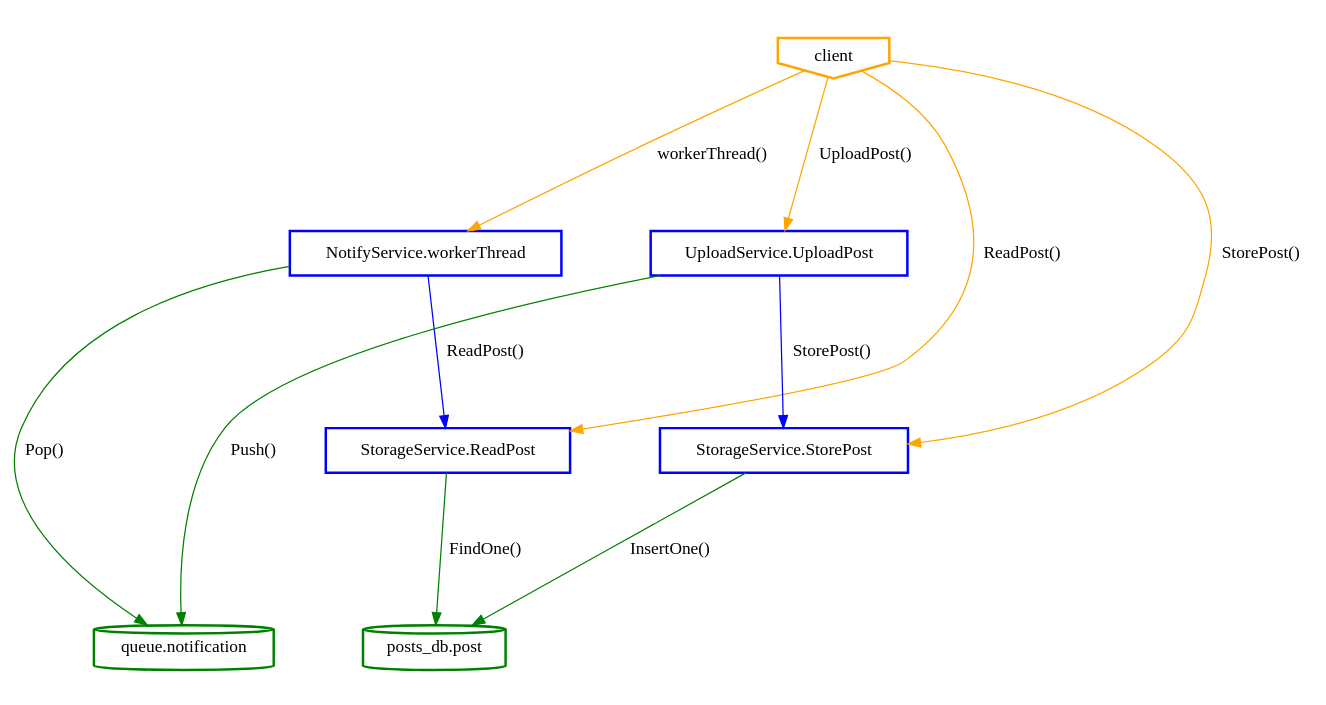
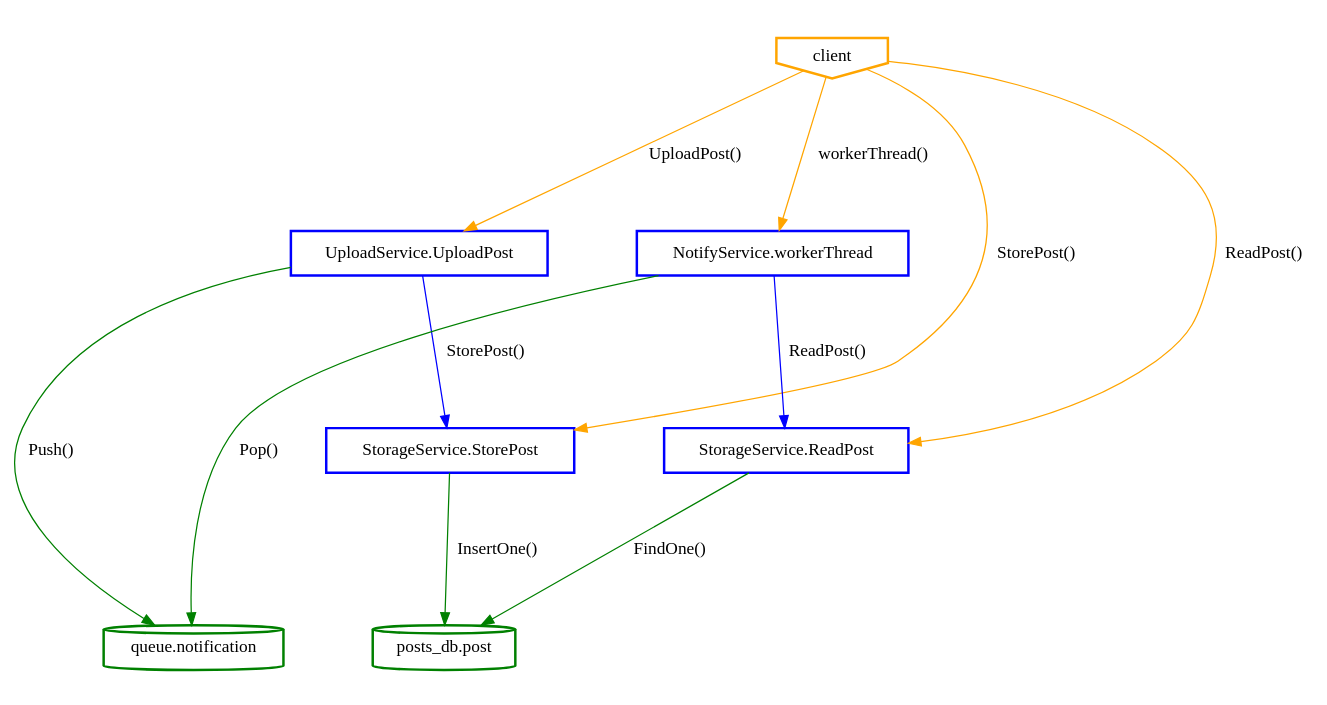
One commit to aletheia-microservices/aletheia changed the diagram in ssa_analysis/analyzer/output/blueprint/postnotification/notifyservice_run/abstractcallgraph.dot. Above: the diagram before and after it, drawn with Graphviz. The commit also changed other lines of this file and 24 other files, not shown here.

Commit message:
feat(app): export schema to json file

```diff
--- a/ssa_analysis/analyzer/output/blueprint/postnotification/notifyservice_run/abstractcallgraph.dot
+++ b/ssa_analysis/analyzer/output/blueprint/postnotification/notifyservice_run/abstractcallgraph.dot
@@ -1,31 +1,31 @@
 digraph G {
 	rankdir=TD;
 	ranksep=1.5;
 	nodesep=1;
 	subgraph cluster_clients {
 		style=invis;
 		N_client [label="client", style=bold, shape=invhouse, color="orange"];
 	}
 	subgraph cluster_services {
 		style=invis;
+		N_UploadService_UploadPost [label="UploadService.UploadPost", style=bold, shape=box, color="blue"];
+		N_StorageService_StorePost [label="StorageService.StorePost", style=bold, shape=box, color="blue"];
 		N_NotifyService_workerThread [label="NotifyService.workerThread", style=bold, shape=box, color="blue"];
 		N_StorageService_ReadPost [label="StorageService.ReadPost", style=bold, shape=box, color="blue"];
-		N_UploadService_UploadPost [label="UploadService.UploadPost", style=bold, shape=box, color="blue"];
-		N_StorageService_StorePost [label="StorageService.StorePost", style=bold, shape=box, color="blue"];
 	}
 	subgraph cluster_databases {
 		style=invis;
 		N_posts_db_post [label="posts_db.post", style=bold, shape=cylinder, color="green"];
 		N_queue_notification [label="queue.notification", style=bold, shape=cylinder, color="green"];
 	}
-	N_client -> N_UploadService_UploadPost [label="UploadPost()", color=orange];
-	N_NotifyService_workerThread -> N_StorageService_ReadPost [label="ReadPost()", color=blue];
-	N_StorageService_ReadPost -> N_posts_db_post [label="FindOne()", color=green];
 	N_UploadService_UploadPost -> N_StorageService_StorePost [label="StorePost()", color=blue];
 	N_UploadService_UploadPost -> N_queue_notification [label="Push()", color=green];
 	N_client -> N_StorageService_StorePost [label="StorePost()", color=orange];
 	N_StorageService_StorePost -> N_posts_db_post [label="InsertOne()", color=green];
+	N_NotifyService_workerThread -> N_queue_notification [label="Pop()", color=green];
+	N_StorageService_ReadPost -> N_posts_db_post [label="FindOne()", color=green];
+	N_client -> N_UploadService_UploadPost [label="UploadPost()", color=orange];
 	N_client -> N_NotifyService_workerThread [label="workerThread()", color=orange];
-	N_NotifyService_workerThread -> N_queue_notification [label="Pop()", color=green];
+	N_NotifyService_workerThread -> N_StorageService_ReadPost [label="ReadPost()", color=blue];
 	N_client -> N_StorageService_ReadPost [label="ReadPost()", color=orange];
 }
```
